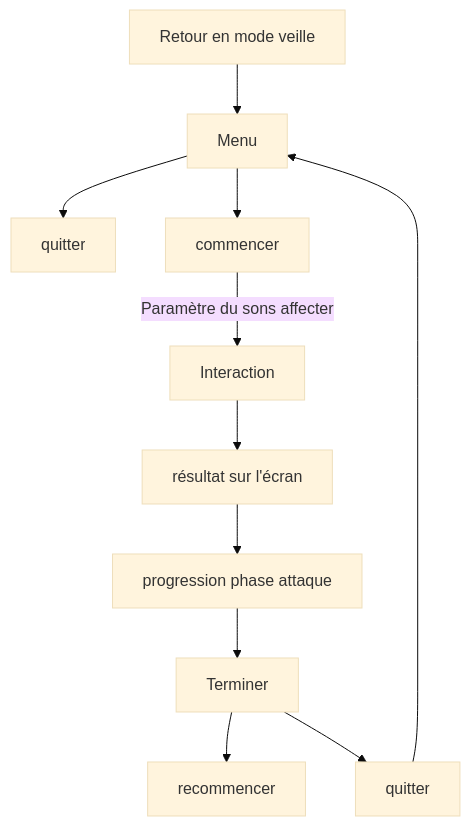
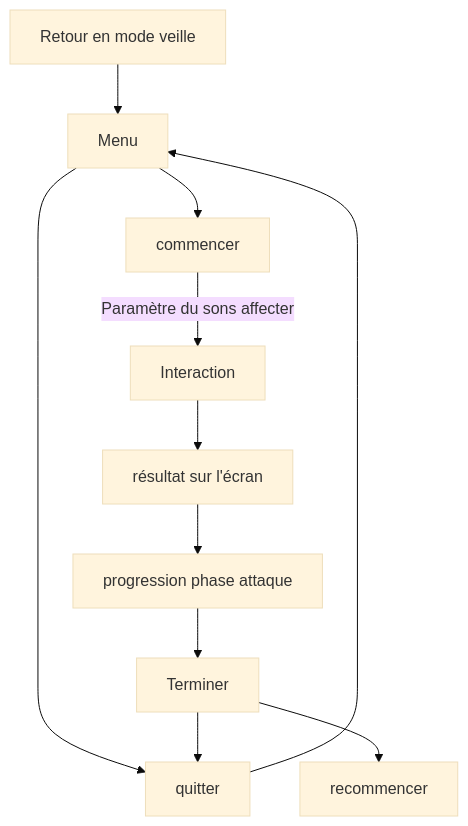
One commit to Ethereal-Creators/Etheria changed the diagram in 20_intention/30_scenario/README.md. Above: the diagram before and after it, drawn with Mermaid (base theme).

Commit message:
correction mermaid

````diff
--- a/20_intention/30_scenario/README.md
+++ b/20_intention/30_scenario/README.md
@@ -13,13 +13,13 @@
 ```mermaid
 graph TD
     A[Retour en mode veille] --> x[Menu]
-    x --> Z[quitter]
+    x --> N
     x --> B[veille]
     B[commencer] -- Paramètre du sons affecter --> C[Interaction]
     C --> F[résultat sur l'écran]
     F --> M[progression phase attaque]
     M --> U[Terminer]
     U --> H[recommencer]
     U --> N[quitter]
     N --> x
 ```
````
